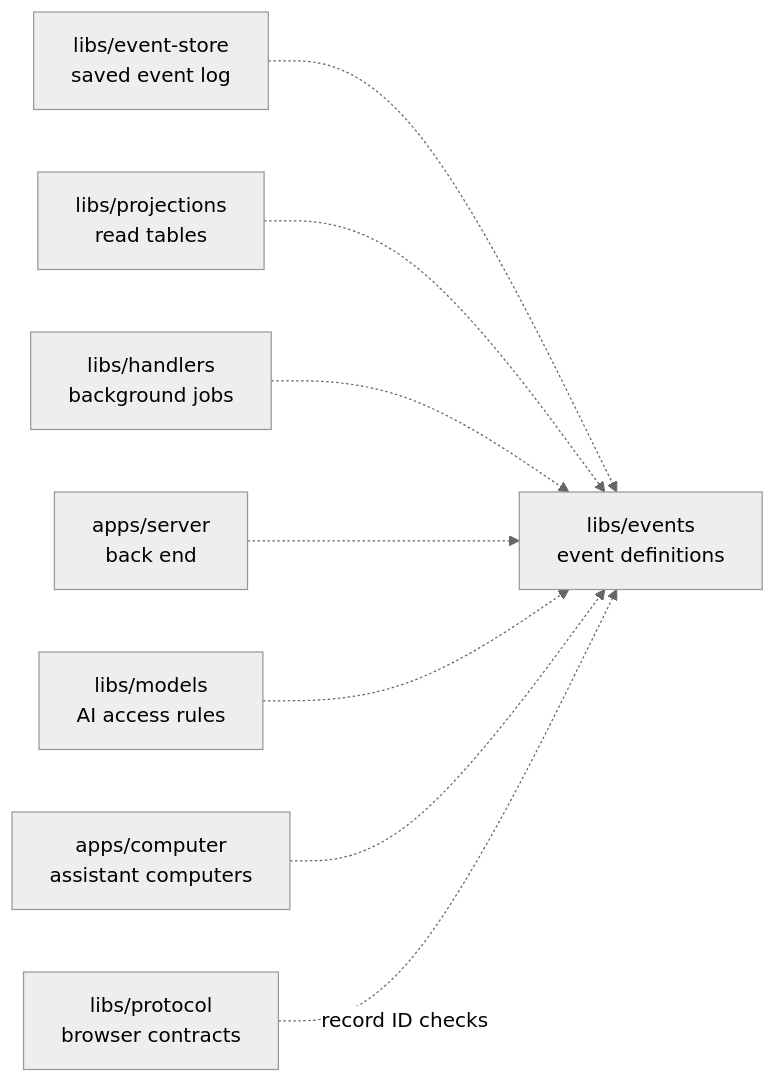
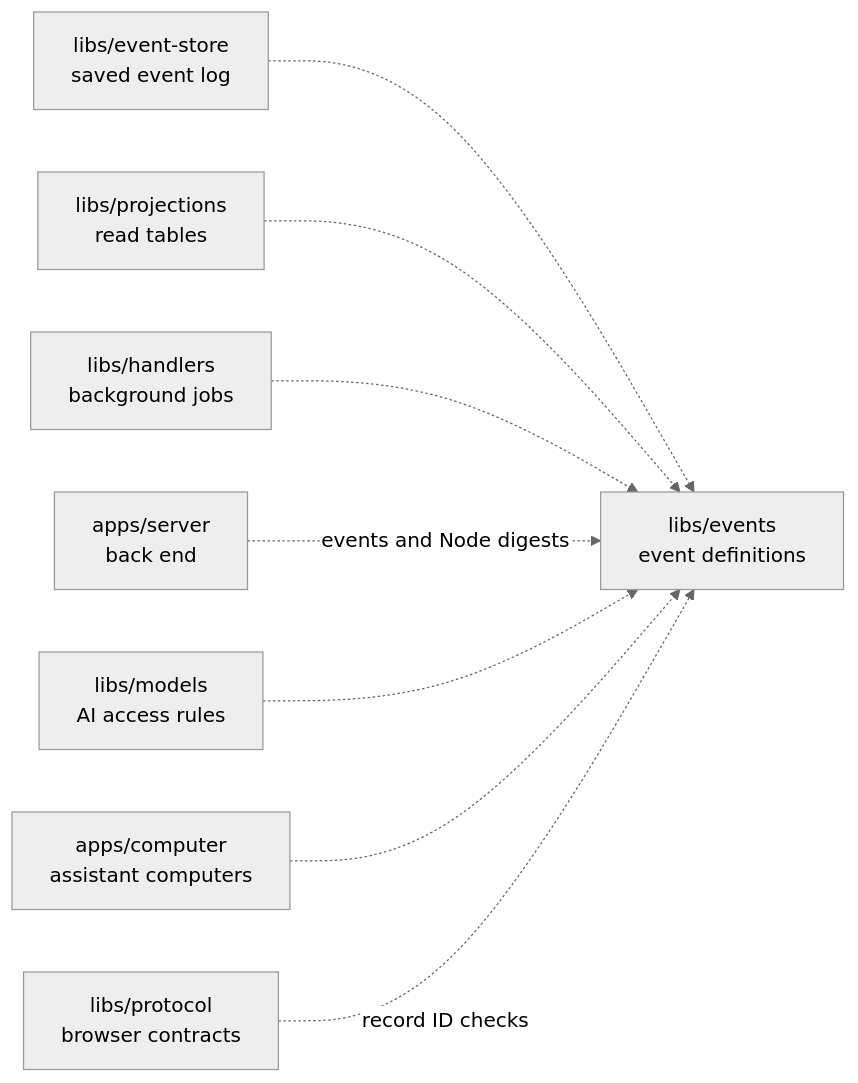
One commit to elewa-git/opencrane-new changed the diagram in libs/events/README.md. Above: the diagram before and after it, drawn with Mermaid (neutral theme). The commit also changed other lines of this file and 223 other files, not shown here.

First line of the commit message:
Share SHA-256 hex digests through the events entrypoint (#1160)

````diff
--- a/libs/events/README.md
+++ b/libs/events/README.md
@@ -16,10 +17,10 @@
 ```mermaid
 flowchart LR
   store["libs/event-store<br/>saved event log"] -.-> events["libs/events<br/>event definitions"]
   projections["libs/projections<br/>read tables"] -.-> events
   handlers["libs/handlers<br/>background jobs"] -.-> events
-  server["apps/server<br/>back end"] -.-> events
+  server["apps/server<br/>back end"] -.->|events and Node digests| events
   models["libs/models<br/>AI access rules"] -.-> events
   computer["apps/computer<br/>assistant computers"] -.-> events
   protocol["libs/protocol<br/>browser contracts"] -.->|record ID checks| events
 ```
````
